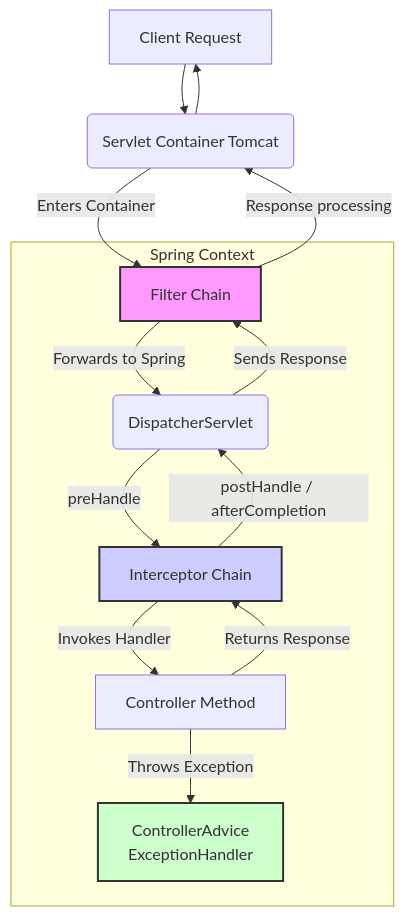
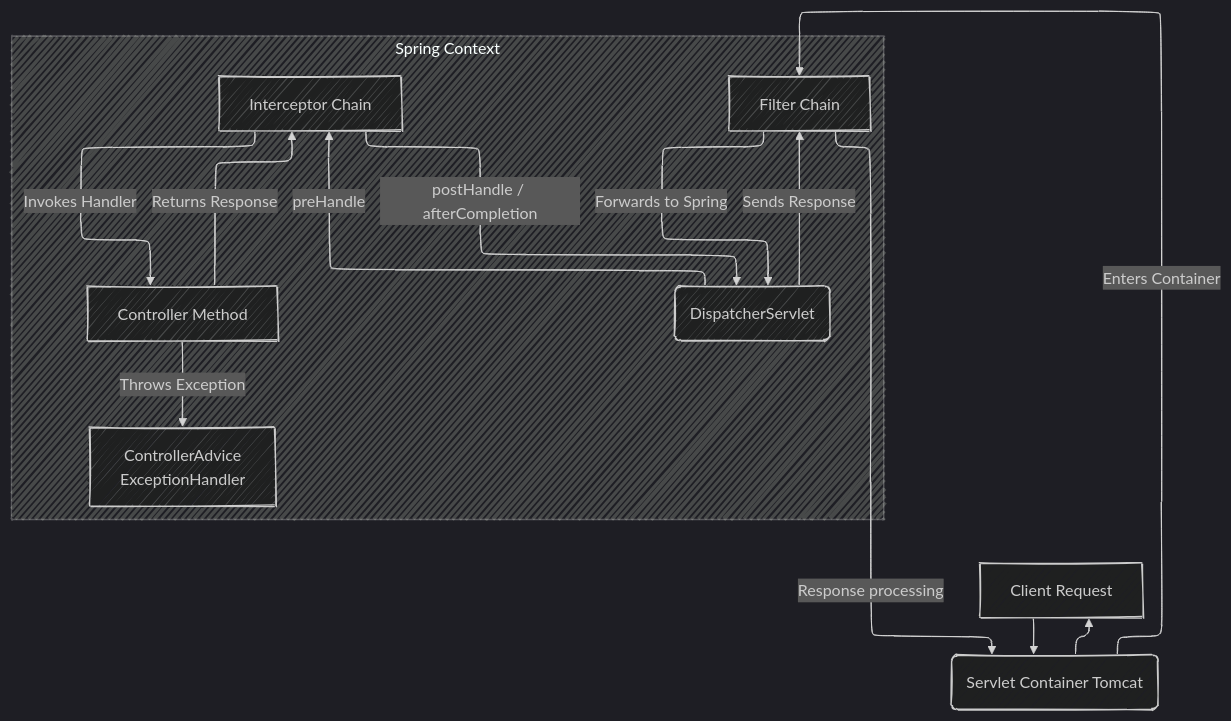
The third of 4 diagrams in src/content/docs/springboot/projectdocs/core3.md (Ashjha75/MyDocs), drawn with Mermaid before and after one commit. The commit also changed other lines of this file and 3 other files, not shown here.

Commit message:
Refactor: Update mermaid diagrams in core2.md, core3.md, and springboot-starter.md for consistency and improved styling; add newline in global.css

````diff
--- a/src/content/docs/springboot/projectdocs/core3.md
+++ b/src/content/docs/springboot/projectdocs/core3.md
@@ -117,21 +129,25 @@
 ```mermaid
+---
+config:
+  look: handDrawn
+  theme: dark
+  layout: elk
+---
 graph TD
     A[Client Request] --> B(Servlet Container Tomcat);
     B -- "Enters Container" --> C[Filter Chain];
     subgraph "Spring Context"
         C -- "Forwards to Spring" --> D(DispatcherServlet);
         D -- "preHandle" --> E[Interceptor Chain];
         E -- "Invokes Handler" --> F[Controller Method];
         F -- "Throws Exception" --> G[ControllerAdvice<br/>ExceptionHandler];
         F -- "Returns Response" --> E;
         E -- "postHandle / afterCompletion" --> D;
     end
     D -- "Sends Response" --> C;
     C -- "Response processing" --> B;
     B --> A;
 
-    style C fill:#f9f,stroke:#333,stroke-width:2px
-    style E fill:#ccf,stroke:#333,stroke-width:2px
-    style G fill:#cfc,stroke:#333,stroke-width:2px
+  
 
 ```
````
